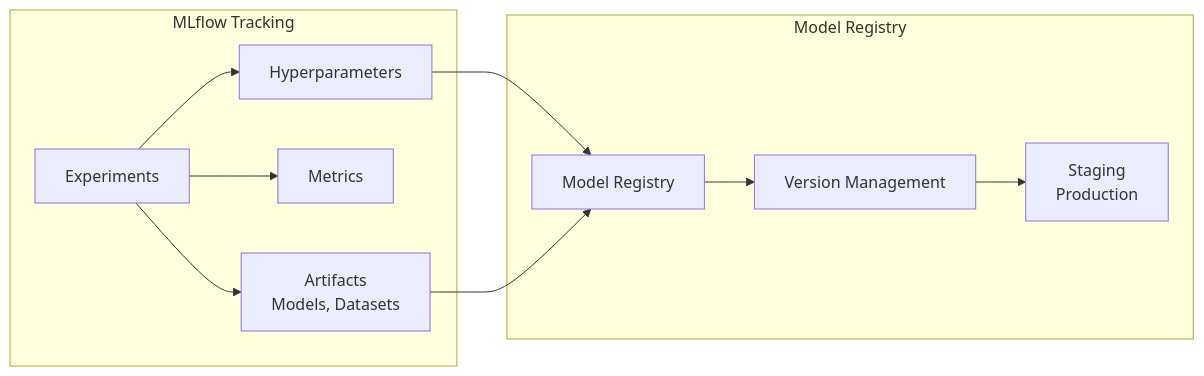
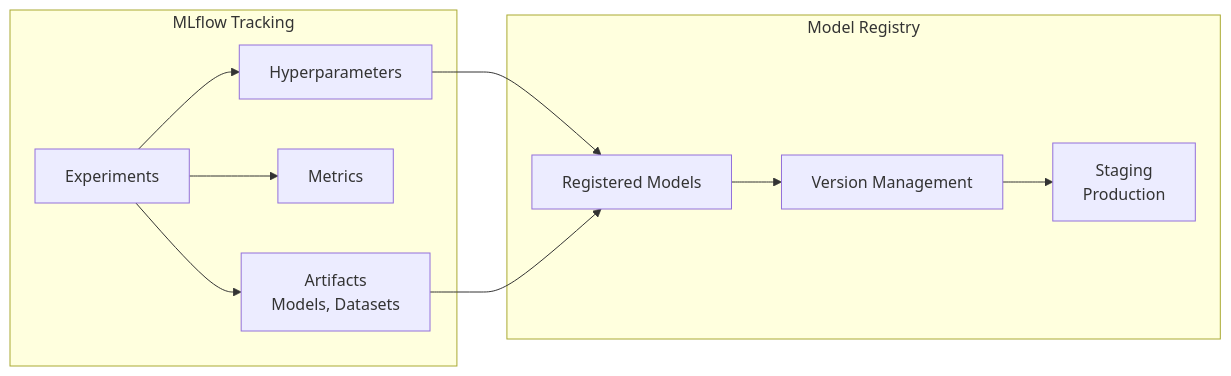
Before and after one commit to minderhq/academy: the sixth of 7 diagrams in docs/diagrams/ML-LIFECYCLE.md, drawn with Mermaid. The commit also changed other lines of this file and 1 other file, not shown here.

First line of the commit message:
fix: repair broken mermaid diagrams (REACT-LOOP state/flow mix, ML-LIFECYCLE duplicate retrain nodes)

````diff
--- a/docs/diagrams/ML-LIFECYCLE.md
+++ b/docs/diagrams/ML-LIFECYCLE.md
@@ -216,25 +216,25 @@
 ```mermaid
 graph LR
     subgraph "MLflow Tracking"
         EXP[Experiments]
         PARAMS[Hyperparameters]
         METRICS[Metrics]
         ARTIFACTS[Artifacts<br/>Models, Datasets]
     end
 
     subgraph "Model Registry"
-        REGISTRY[Model Registry]
+        REGISTRY[Registered Models]
         VERSIONS[Version Management]
         STAGES[Staging<br/>Production]
     end
 
     EXP --> PARAMS
     EXP --> METRICS
     EXP --> ARTIFACTS
 
     PARAMS --> REGISTRY
     ARTIFACTS --> REGISTRY
 
     REGISTRY --> VERSIONS
     VERSIONS --> STAGES
 ```
````
